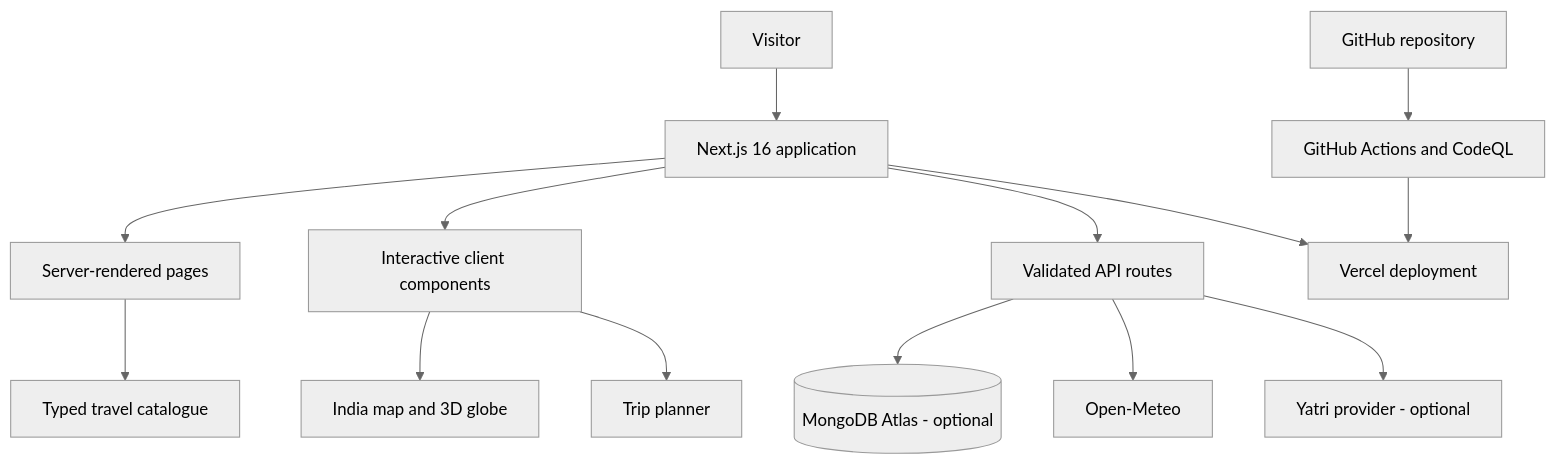
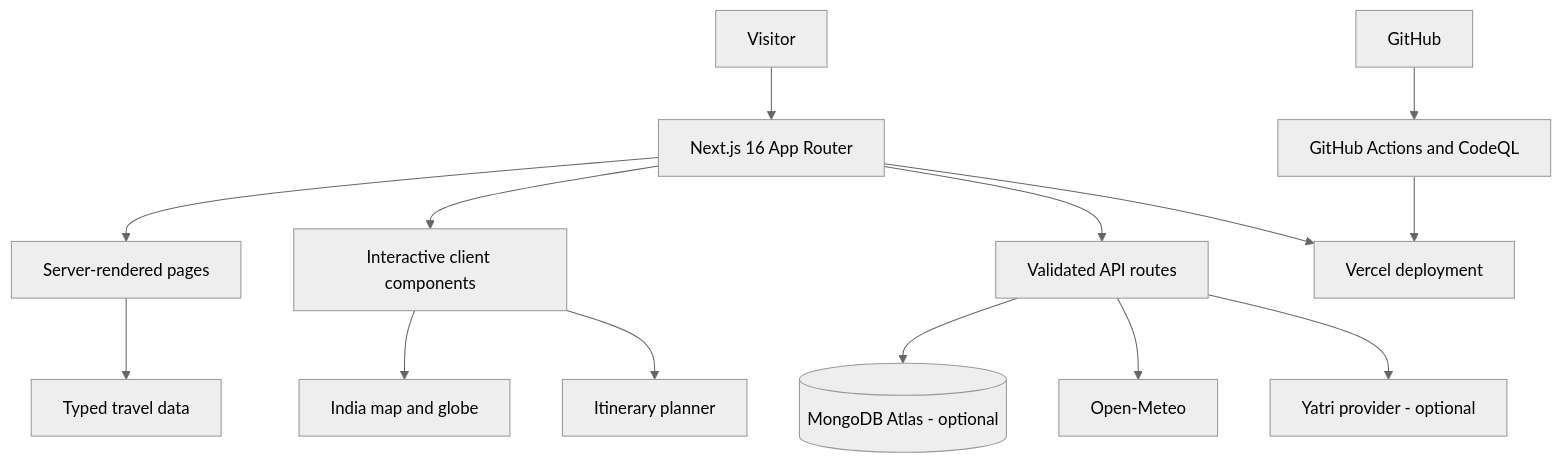
One commit to Supriyo016/TourIndia changed the diagram in README.md. Above: the diagram before and after it, drawn with Mermaid (neutral theme). The commit also changed other lines of this file, not shown here.

Commit message:
docs: polish and expand Tour India README experience

````diff
--- a/README.md
+++ b/README.md
@@ -213,16 +177,16 @@
 ```mermaid
 flowchart TD
-    V[Visitor] --> UI[Next.js 16 application]
-    UI --> P[Server-rendered pages]
-    UI --> C[Interactive client components]
-    P --> DATA[Typed travel catalogue]
-    C --> MAP[India map and 3D globe]
-    C --> PLAN[Trip planner]
-    UI --> API[Validated API routes]
+    Visitor[Visitor] --> App[Next.js 16 App Router]
+    App --> Pages[Server-rendered pages]
+    App --> Client[Interactive client components]
+    Pages --> Content[Typed travel data]
+    Client --> Map[India map and globe]
+    Client --> Planner[Itinerary planner]
+    App --> API[Validated API routes]
     API --> DB[(MongoDB Atlas - optional)]
-    API --> WX[Open-Meteo]
-    API --> AI[Yatri provider - optional]
-    GH[GitHub repository] --> CI[GitHub Actions and CodeQL]
-    CI --> DEPLOY[Vercel deployment]
-    UI --> DEPLOY
+    API --> Weather[Open-Meteo]
+    API --> Assistant[Yatri provider - optional]
+    Repo[GitHub] --> CI[GitHub Actions and CodeQL]
+    CI --> Vercel[Vercel deployment]
+    App --> Vercel
 ```
````
